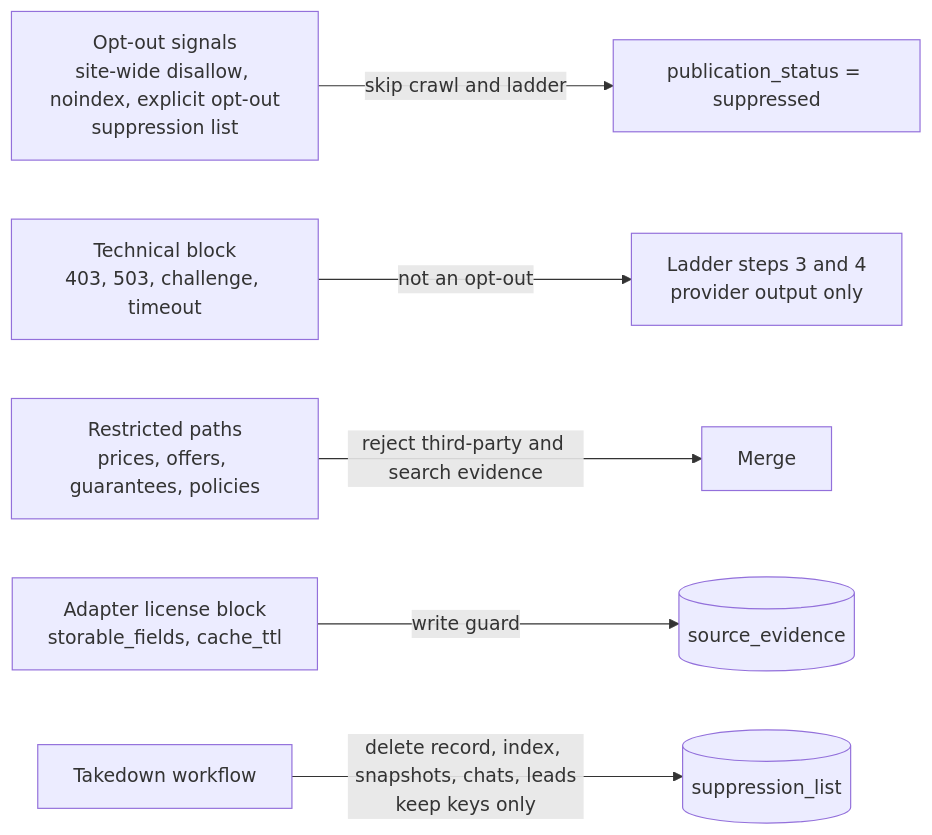
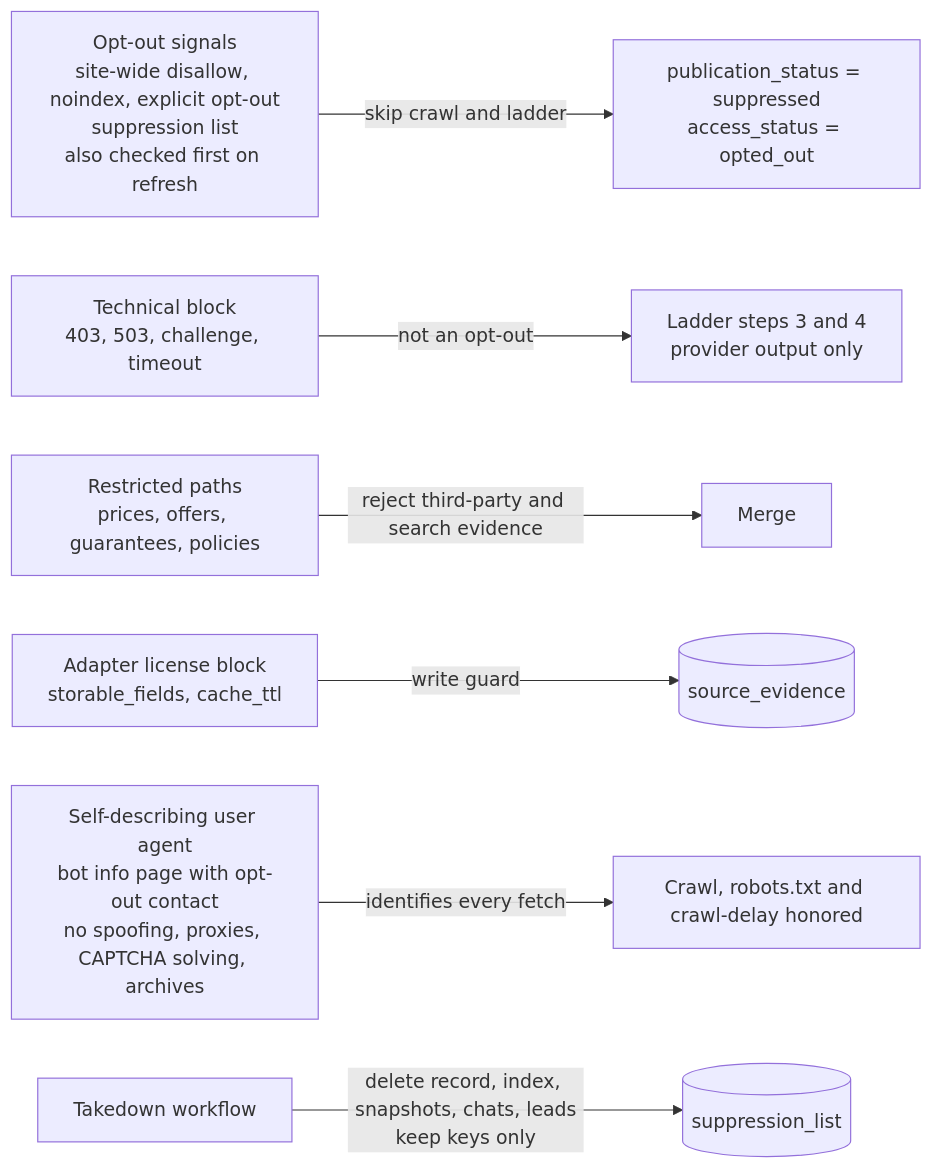
The fifth of 6 diagrams in ARCHITECTURE.md (hp94087/akira), drawn with Mermaid before and after one commit. The commit also changed other lines of this file and 1 other file, not shown here.

First line of the commit message:
Update ARCHITECTURE.md to match SPEC.md; remove stale ARCHITECTURE.pdf

````diff
--- a/ARCHITECTURE.md
+++ b/ARCHITECTURE.md
@@ -146,8 +148,9 @@
 ```mermaid
 flowchart LR
-  OPT[Opt-out signals<br/>site-wide disallow, noindex, explicit opt-out<br/>suppression list] -->|skip crawl and ladder| SUPP[publication_status = suppressed]
+  OPT[Opt-out signals<br/>site-wide disallow, noindex, explicit opt-out<br/>suppression list<br/>also checked first on refresh] -->|skip crawl and ladder| SUPP[publication_status = suppressed<br/>access_status = opted_out]
   BLOCK[Technical block<br/>403, 503, challenge, timeout] -->|not an opt-out| LADDER[Ladder steps 3 and 4<br/>provider output only]
   RESTR[Restricted paths<br/>prices, offers, guarantees, policies] -->|reject third-party and search evidence| MERGE[Merge]
   LIC[Adapter license block<br/>storable_fields, cache_ttl] -->|write guard| EVID[(source_evidence)]
+  UA[Self-describing user agent<br/>bot info page with opt-out contact<br/>no spoofing, proxies, CAPTCHA solving, archives] -->|identifies every fetch| CRAWL[Crawl, robots.txt and crawl-delay honored]
   TK[Takedown workflow] -->|delete record, index, snapshots, chats, leads<br/>keep keys only| SUPL[(suppression_list)]
 ```
````
